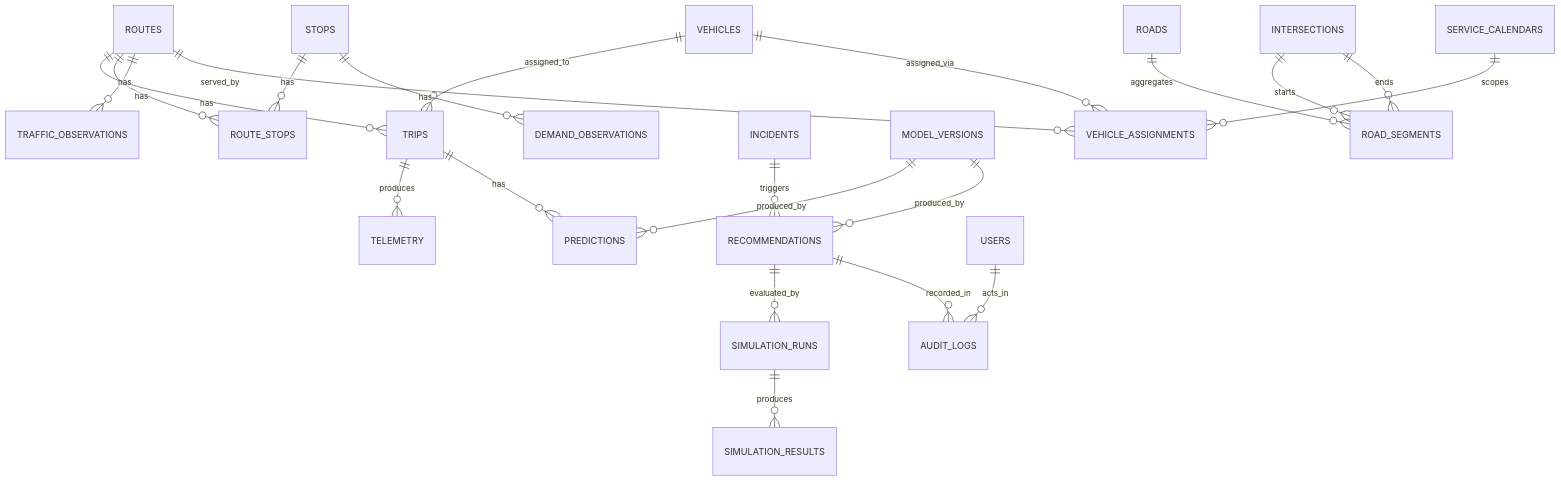
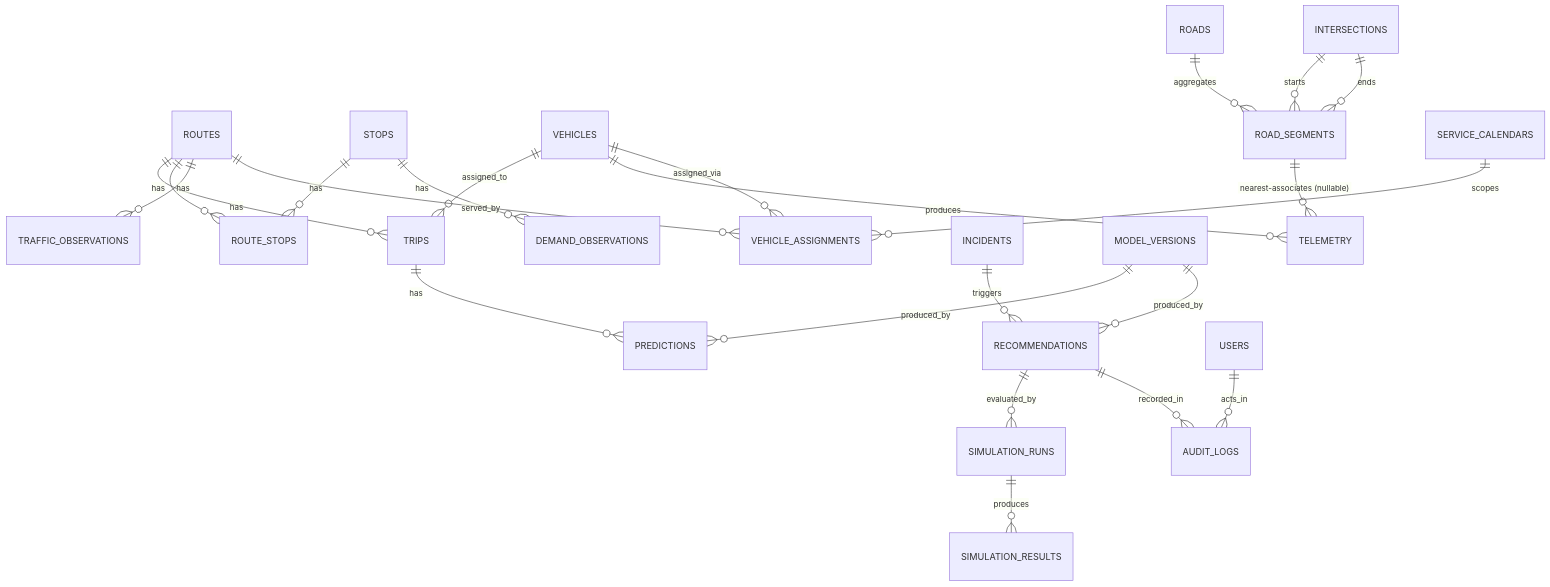
The diagram in docs/architecture/04-data-model.md (SurajN4ir/dynamic-route-rationalization-ai), drawn with Mermaid before and after one commit. The commit also changed other lines of this file and 31 other files, not shown here.

````diff
--- a/docs/architecture/04-data-model.md
+++ b/docs/architecture/04-data-model.md
@@ -9,24 +9,25 @@
 ```mermaid
 erDiagram
     ROUTES ||--o{ TRIPS : has
     ROUTES ||--o{ ROUTE_STOPS : has
     STOPS ||--o{ ROUTE_STOPS : has
     VEHICLES ||--o{ TRIPS : assigned_to
-    TRIPS ||--o{ TELEMETRY : produces
+    VEHICLES ||--o{ TELEMETRY : produces
     TRIPS ||--o{ PREDICTIONS : has
+    ROAD_SEGMENTS ||--o{ TELEMETRY : "nearest-associates (nullable)"
     ROUTES ||--o{ TRAFFIC_OBSERVATIONS : has
     STOPS ||--o{ DEMAND_OBSERVATIONS : has
     INCIDENTS ||--o{ RECOMMENDATIONS : triggers
     RECOMMENDATIONS ||--o{ SIMULATION_RUNS : evaluated_by
     SIMULATION_RUNS ||--o{ SIMULATION_RESULTS : produces
     RECOMMENDATIONS ||--o{ AUDIT_LOGS : recorded_in
     MODEL_VERSIONS ||--o{ PREDICTIONS : produced_by
     MODEL_VERSIONS ||--o{ RECOMMENDATIONS : produced_by
     USERS ||--o{ AUDIT_LOGS : acts_in
     ROADS ||--o{ ROAD_SEGMENTS : aggregates
     INTERSECTIONS ||--o{ ROAD_SEGMENTS : starts
     INTERSECTIONS ||--o{ ROAD_SEGMENTS : ends
     VEHICLES ||--o{ VEHICLE_ASSIGNMENTS : assigned_via
     ROUTES ||--o{ VEHICLE_ASSIGNMENTS : served_by
     SERVICE_CALENDARS ||--o{ VEHICLE_ASSIGNMENTS : scopes
 ```
````
